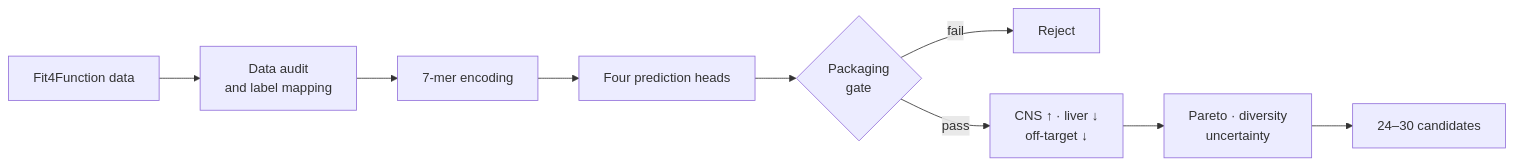
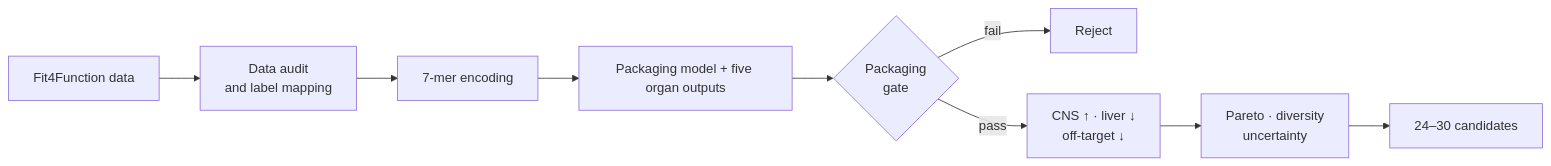
The diagram in README.md (stephenovo/LIFS-Comp_AAV9), drawn with Mermaid before and after one commit. The commit also changed other lines of this file and 13 other files, not shown here.

````diff
--- a/README.md
+++ b/README.md
@@ -63,11 +63,11 @@
 ```mermaid
 flowchart LR
     A["Fit4Function data"] --> B["Data audit\nand label mapping"]
     B --> C["7-mer encoding"]
-    C --> D["Four prediction heads"]
+    C --> D["Packaging model + five organ outputs"]
     D --> E{"Packaging\ngate"}
     E -->|fail| X["Reject"]
     E -->|pass| F["CNS ↑ · liver ↓\noff-target ↓"]
     F --> G["Pareto · diversity\nuncertainty"]
     G --> H["24–30 candidates"]
 ```
````
